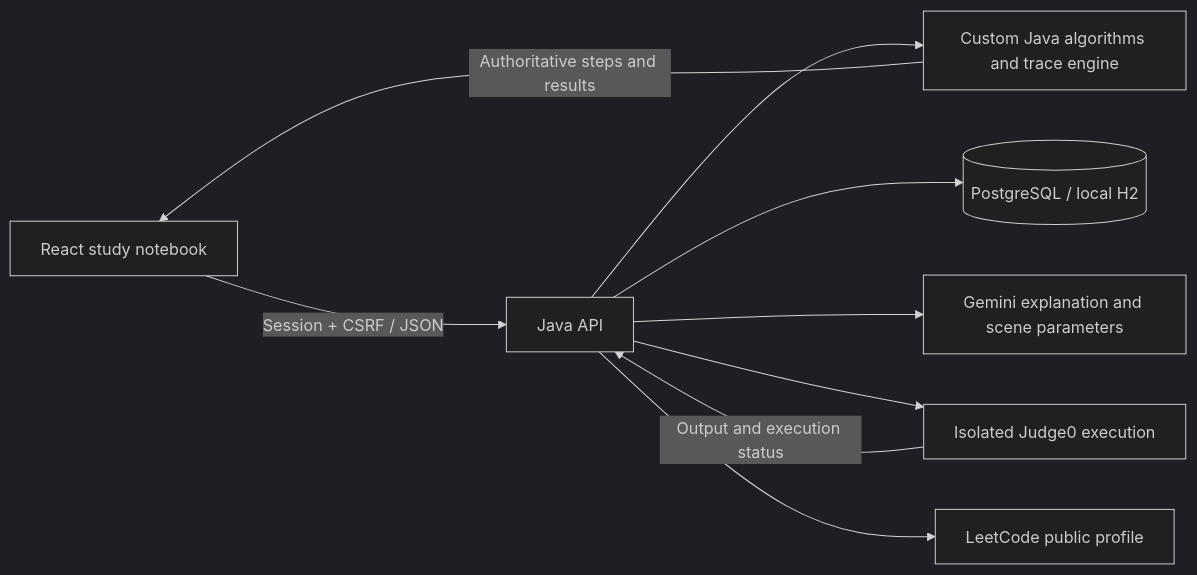
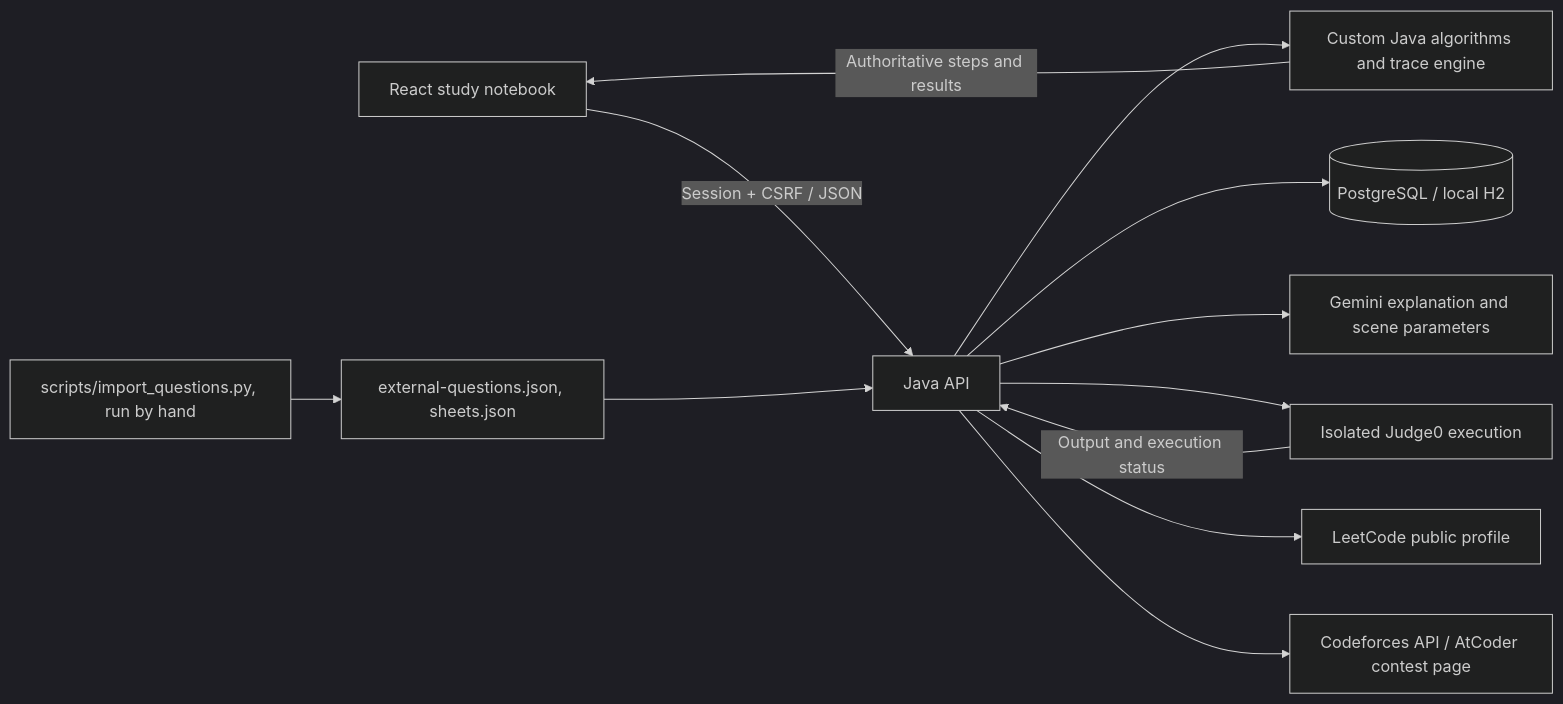
Before and after one commit to swarnimlovesyou/1on1: the diagram in docs/TECHNICAL_REPORT.md, drawn with Mermaid (dark theme). The commit also changed other lines of this file and 2 other files, not shown here.

````diff
--- a/docs/TECHNICAL_REPORT.md
+++ b/docs/TECHNICAL_REPORT.md
@@ -25,11 +25,14 @@
 ```mermaid
 flowchart LR
   Browser[React study notebook] -->|Session + CSRF / JSON| API[Java API]
   API --> Engine[Custom Java algorithms and trace engine]
   API --> DB[(PostgreSQL / local H2)]
   API --> Gemini[Gemini explanation and scene parameters]
   API --> Judge[Isolated Judge0 execution]
   API --> LC[LeetCode public profile]
+  API --> Contests[Codeforces API / AtCoder contest page]
+  Import[scripts/import_questions.py, run by hand] --> Files[external-questions.json, sheets.json]
+  Files --> API
   Judge -->|Output and execution status| API
   Engine -->|Authoritative steps and results| Browser
 ```
````
